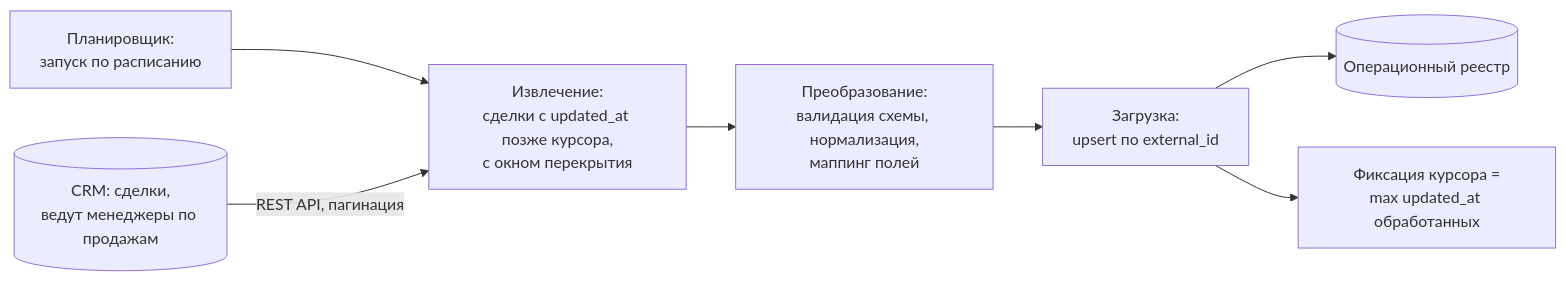
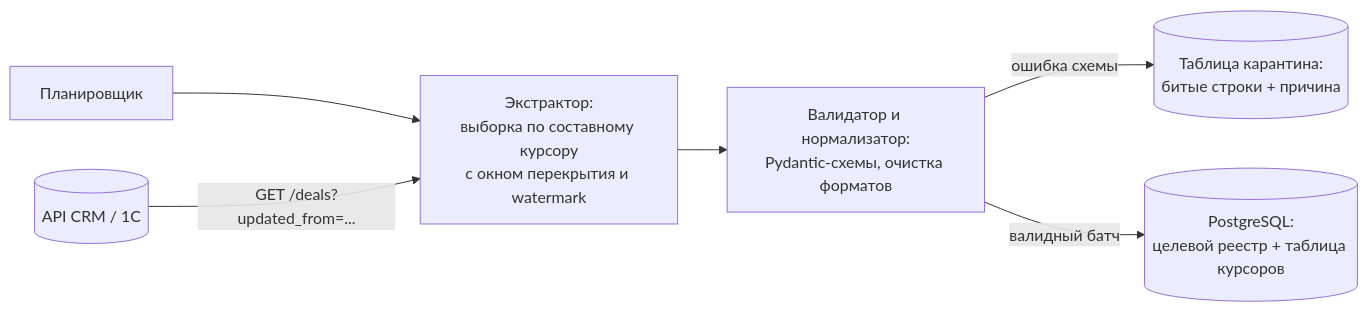
The diagram in case-03-crm-data-pull/README.md (doomsdayoff/system-analysis-portfolio), drawn with Mermaid before and after one commit. The commit also changed other lines of this file and 4 other files, not shown here.

````diff
--- a/case-03-crm-data-pull/README.md
+++ b/case-03-crm-data-pull/README.md
@@ -37,14 +26,14 @@
 ```mermaid
 flowchart LR
-    SCH[Планировщик:<br/>запуск по расписанию]
-    CRM[(CRM: сделки,<br/>ведут менеджеры по продажам)]
-    EX[Извлечение:<br/>сделки с updated_at позже курсора,<br/>с окном перекрытия]
-    TR[Преобразование:<br/>валидация схемы, нормализация,<br/>маппинг полей]
-    UP[Загрузка:<br/>upsert по external_id]
-    REG[(Операционный реестр)]
-    CUR[Фиксация курсора =<br/>max updated_at обработанных]
+    SCH[Планировщик]
+    CRM[(API CRM / 1С)]
+    EX[Экстрактор:<br/>выборка по составному курсору<br/>с окном перекрытия и watermark]
+    VAL[Валидатор и нормализатор:<br/>Pydantic-схемы, очистка форматов]
+    DLQ[(Таблица карантина:<br/>битые строки + причина)]
+    PG[(PostgreSQL:<br/>целевой реестр + таблица курсоров)]
     SCH --> EX
-    CRM -->|REST API, пагинация| EX
-    EX --> TR --> UP --> REG
-    UP --> CUR
+    CRM -->|GET /deals?updated_from=...| EX
+    EX --> VAL
+    VAL -->|ошибка схемы| DLQ
+    VAL -->|валидный батч| PG
 ```
````
